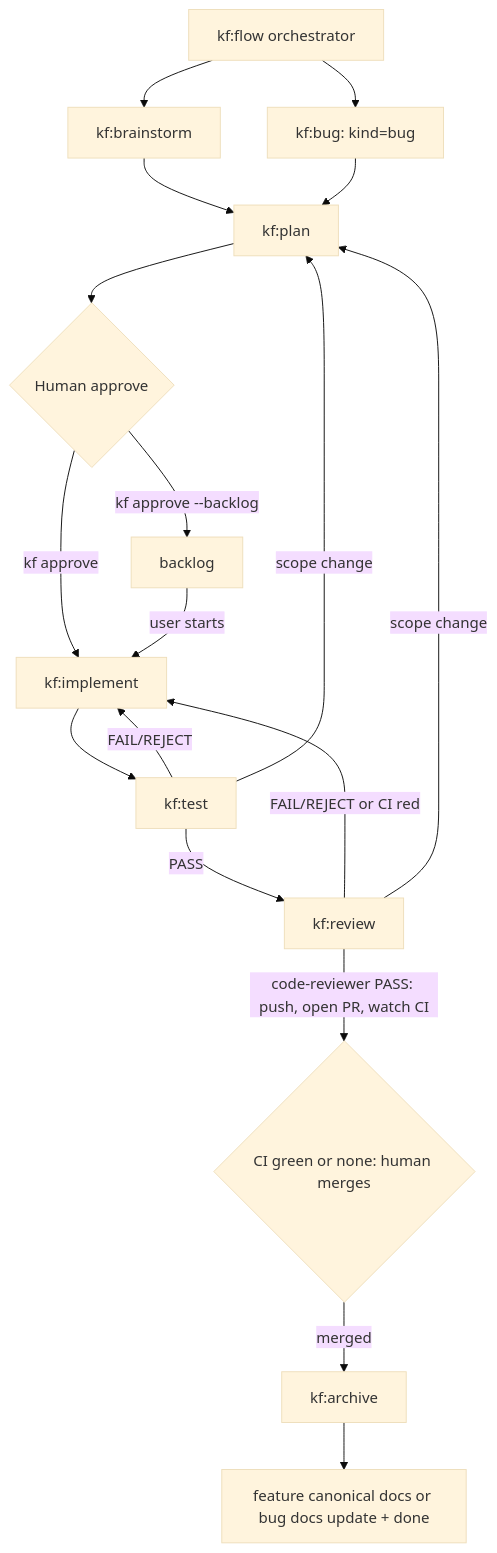
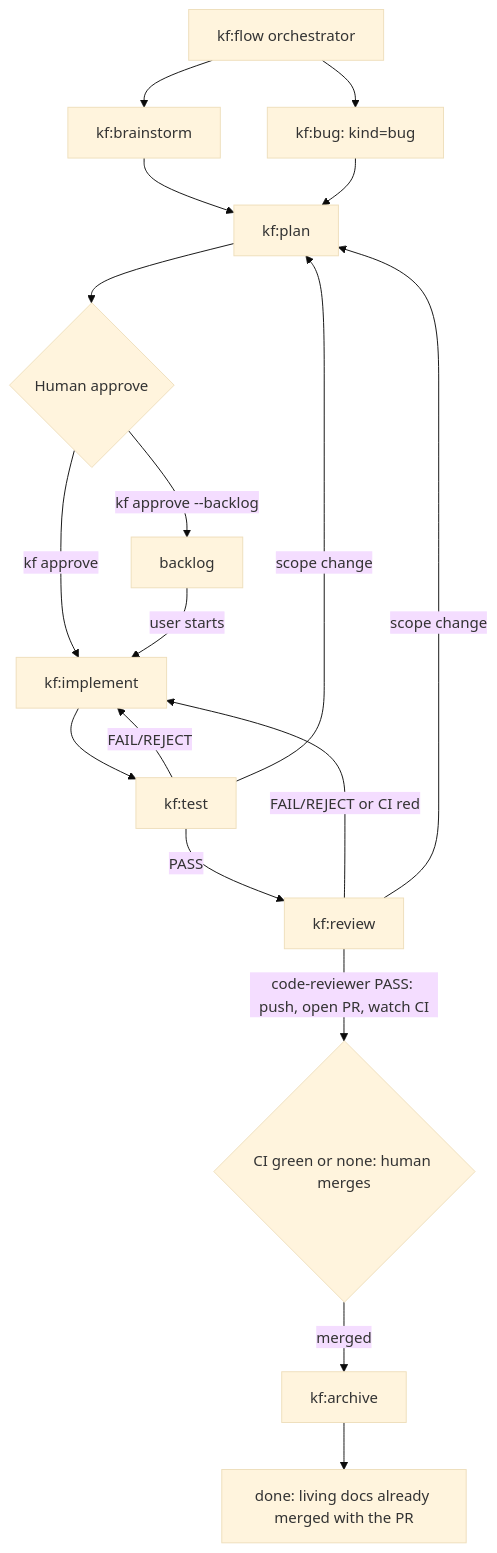
The diagram in docs/workflow/skills.md (phuthuycoding/kanban-flow), drawn with Mermaid (base theme) before and after one commit. The commit also changed other lines of this file and 88 other files, not shown here.

````diff
--- a/docs/workflow/skills.md
+++ b/docs/workflow/skills.md
@@ -11,20 +11,20 @@
 ```mermaid
 flowchart TD
     O[kf:flow orchestrator] --> B[kf:brainstorm]
     O --> BUG[kf:bug: kind=bug]
     B --> P[kf:plan]
     BUG --> P
     P --> H{Human approve}
     H -->|kf approve| I[kf:implement]
     H -->|kf approve --backlog| BL[backlog]
     BL -->|user starts| I
     I --> T[kf:test]
     T -->|PASS| R[kf:review]
     T -->|FAIL/REJECT| I
     T -->|scope change| P
     R -->|code-reviewer PASS: push, open PR, watch CI| M{CI green or none: human merges}
     M -->|merged| A[kf:archive]
     R -->|FAIL/REJECT or CI red| I
     R -->|scope change| P
-    A --> DONE[feature canonical docs or bug docs update + done]
+    A --> DONE[done: living docs already merged with the PR]
 ```
````
